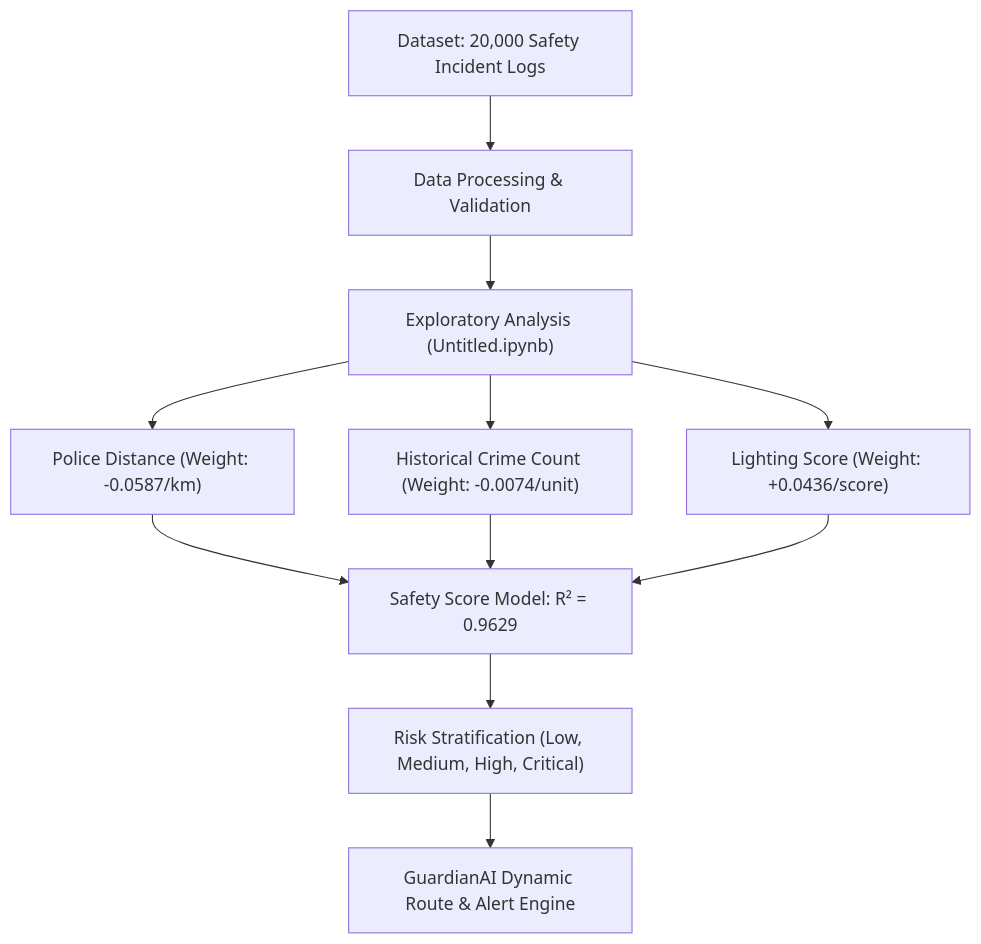
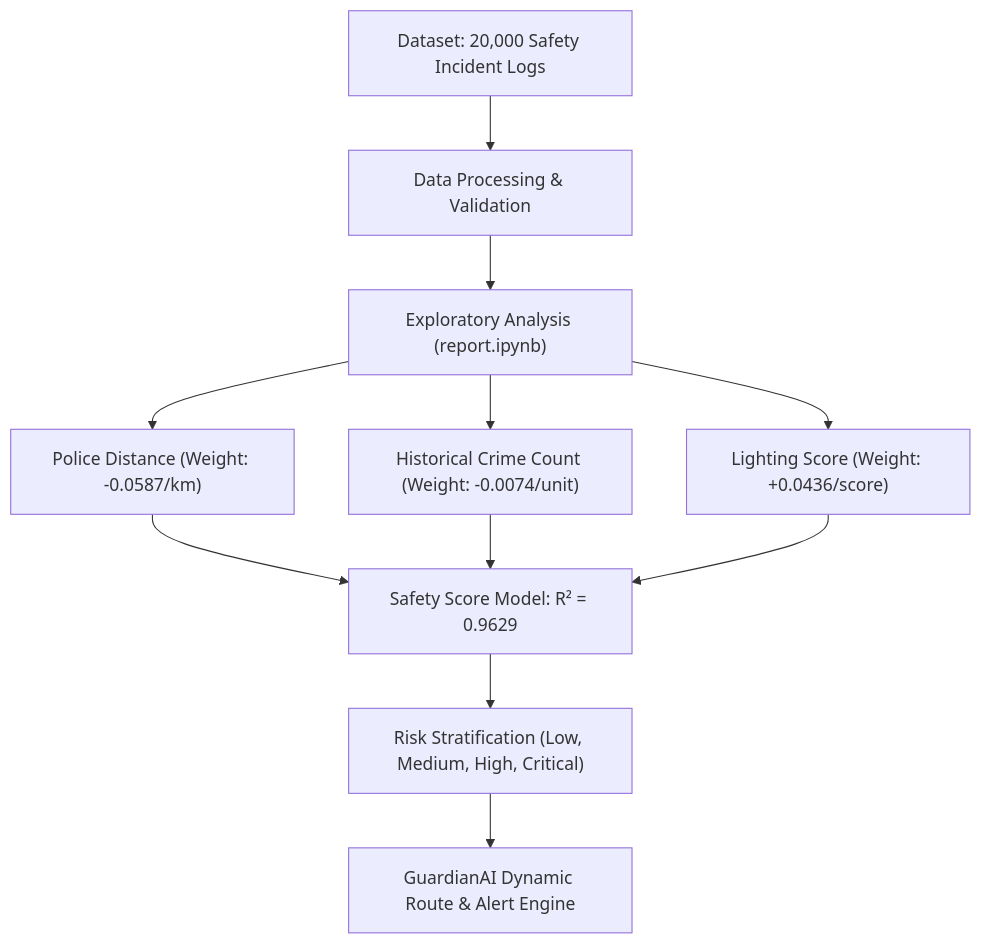
The diagram in README.md (satyakiran29/GuardianAI), drawn with Mermaid before and after one commit. The commit also changed other lines of this file and 1 other file, not shown here.

````diff
--- a/README.md
+++ b/README.md
@@ -22,13 +29,13 @@
 ```mermaid
 flowchart TD
     A["Dataset: 20,000 Safety Incident Logs"] --> B["Data Processing & Validation"]
-    B --> C["Exploratory Analysis (Untitled.ipynb)"]
+    B --> C["Exploratory Analysis (report.ipynb)"]
     
     C --> D1["Police Distance (Weight: -0.0587/km)"]
     C --> D2["Historical Crime Count (Weight: -0.0074/unit)"]
     C --> D3["Lighting Score (Weight: +0.0436/score)"]
     
     D1 & D2 & D3 --> E["Safety Score Model: R² = 0.9629"]
     E --> F["Risk Stratification (Low, Medium, High, Critical)"]
     F --> G["GuardianAI Dynamic Route & Alert Engine"]
 ```
````
